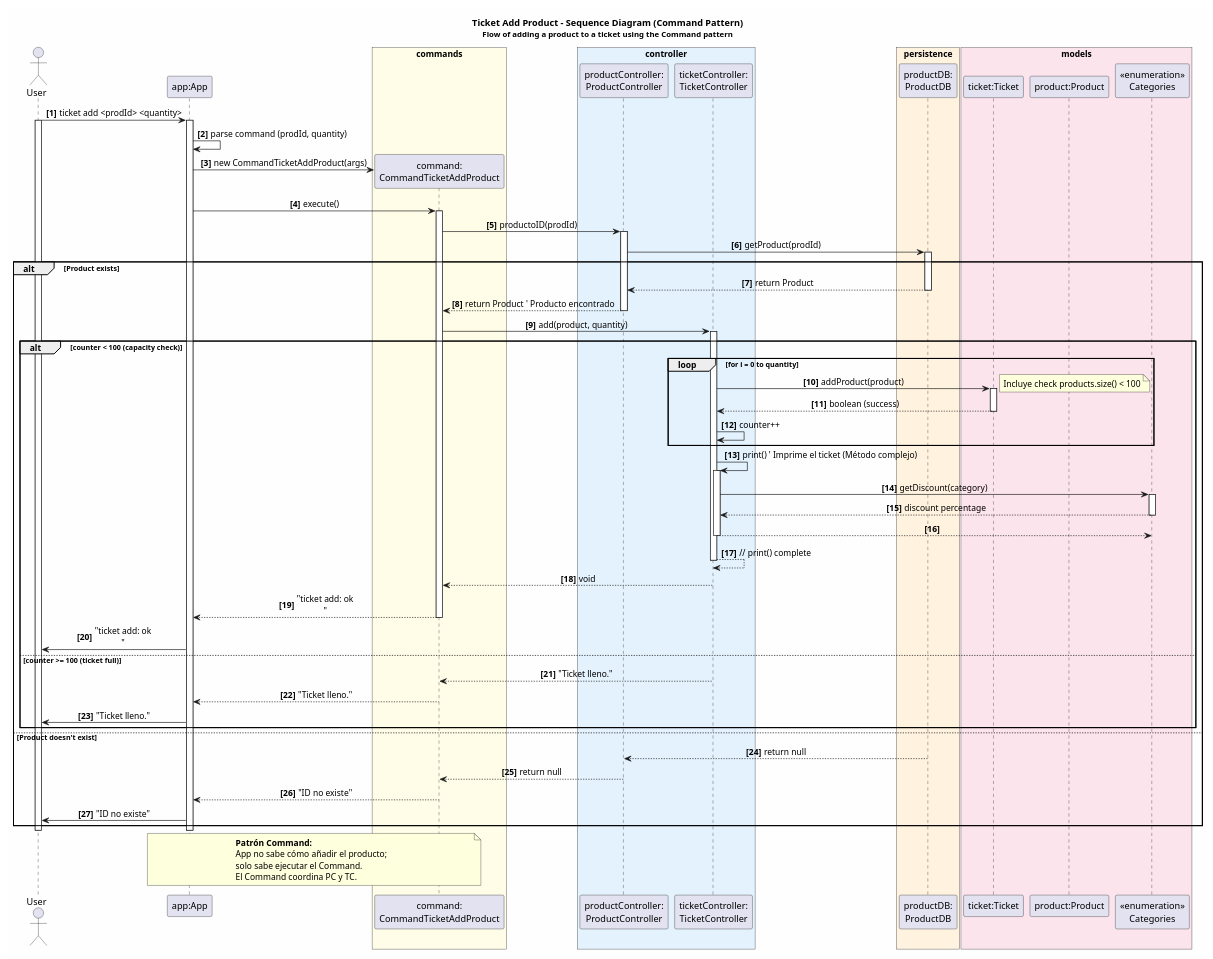
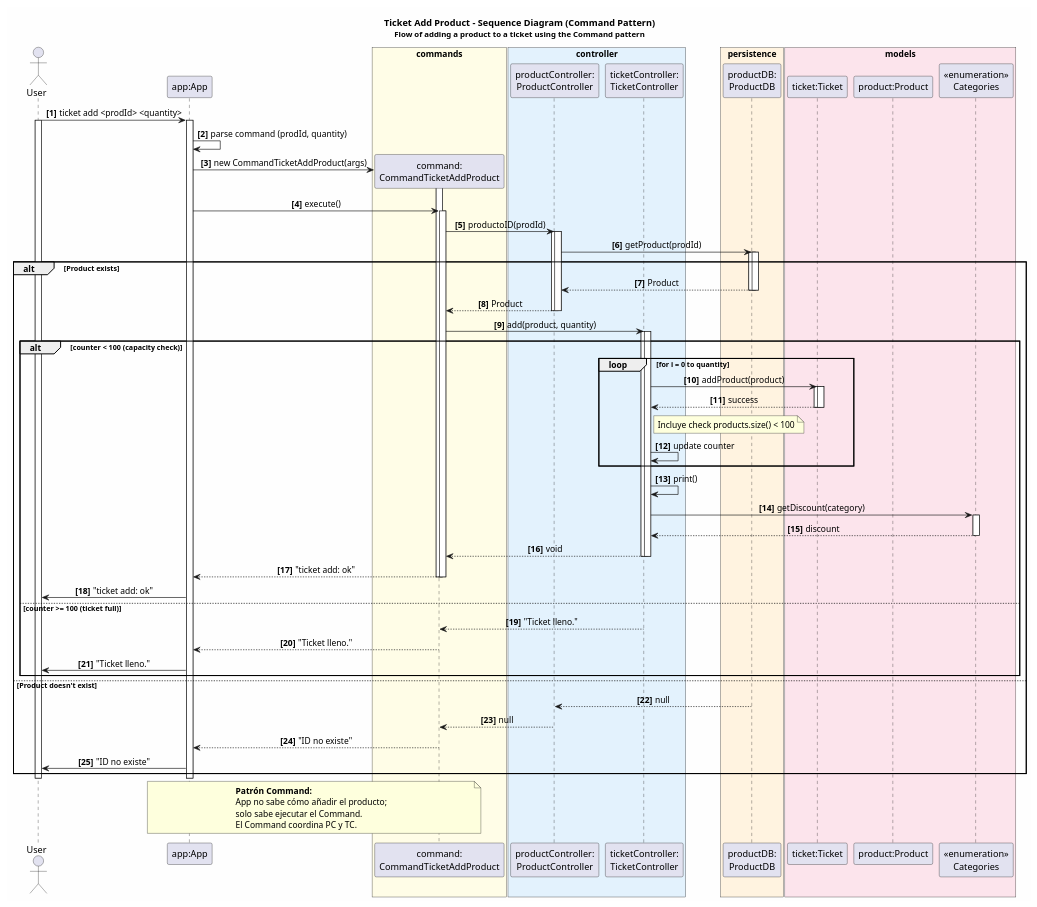
Before and after one commit to Hacking-jack/UPM_tienda: the diagram in uml/sequence-diagram-add-to-ticket.puml, drawn with PlantUML. The commit also changed 5 other files, not shown here.

Commit message:
uml arreglo de relaciones

```diff
--- a/uml/sequence-diagram-add-to-ticket.puml
+++ b/uml/sequence-diagram-add-to-ticket.puml
@@ -1,98 +1,107 @@
 @startuml Sequence_Add_To_Ticket
 
 skinparam backgroundColor #FEFEFE
 skinparam sequenceMessageAlign center
 skinparam responseMessageBelowArrow true
 skinparam shadowing false
 skinparam defaultFontName Arial
 
 title Ticket Add Product - Sequence Diagram (Command Pattern)\n<size:12>Flow of adding a product to a ticket using the Command pattern</size>
 
 actor User
 participant "app:App" as App
 box "commands" #FFFDE7
     participant "command:\nCommandTicketAddProduct" as Cmd
 end box
 box "controller" #E3F2FD
     participant "productController:\nProductController" as PC
     participant "ticketController:\nTicketController" as TC
 end box
 box "persistence" #FFF3E0
     participant "productDB:\nProductDB" as PDB
 end box
 box "models" #FCE4EC
     participant "ticket:Ticket" as Ticket
     participant "product:Product" as Product
     participant "<<enumeration>>\nCategories" as Cat
 end box
 
-
 autonumber "<b>[0]"
 
 User -> App ++: ticket add <prodId> <quantity>
 activate User
 
 App -> App: parse command (prodId, quantity)
 
 App -> Cmd **: new CommandTicketAddProduct(args)
+activate Cmd
 App -> Cmd ++: execute()
 
 Cmd -> PC ++: productoID(prodId)
+activate PC
 
 PC -> PDB ++: getProduct(prodId)
+activate PDB
 
 alt Product exists
-    PDB --> PC --: return Product
-    PC --> Cmd --: return Product ' Producto encontrado
+    PDB --> PC --: Product
+    deactivate PDB
+    PC --> Cmd --: Product
+    deactivate PC
 
     Cmd -> TC ++: add(product, quantity)
+    activate TC
 
     alt counter < 100 (capacity check)
-
         loop for i = 0 to quantity
             TC -> Ticket ++: addProduct(product)
-            note right
+            activate Ticket
+            Ticket --> TC --: success
+            deactivate Ticket
+            note right of TC
               Incluye check products.size() < 100
             end note
-            return boolean (success)
-
-            TC -> TC: counter++
+            TC -> TC: update counter
         end loop
 
-        TC -> TC ++: print() ' Imprime el ticket (Método complejo)
-
+        TC -> TC: print()
         TC -> Cat ++: getDiscount(category)
-        return discount percentage
-        TC --> Cat --
-
-        TC --> TC --: // print() complete
+        Cat --> TC --: discount
+        deactivate Cat
 
         TC --> Cmd --: void
+        deactivate TC
 
-        Cmd --> App --: "ticket add: ok\n"
-        App -> User: "ticket add: ok\n"
+        Cmd --> App --: "ticket add: ok"
+        deactivate Cmd
+        App -> User: "ticket add: ok"
 
     else counter >= 100 (ticket full)
         TC --> Cmd --: "Ticket lleno."
+        deactivate TC
         Cmd --> App --: "Ticket lleno."
+        deactivate Cmd
         App -> User: "Ticket lleno."
     end
 
 else Product doesn't exist
-    PDB --> PC --: return null
-    PC --> Cmd --: return null
+    PDB --> PC --: null
+    deactivate PDB
+    PC --> Cmd --: null
+    deactivate PC
     Cmd --> App --: "ID no existe"
+    deactivate Cmd
     App -> User: "ID no existe"
 end
 
 deactivate User
 deactivate App
 
 note over App, Cmd
   <b>Patrón Command:</b>
   App no sabe cómo añadir el producto;
   solo sabe ejecutar el Command.
   El Command coordina PC y TC.
 end note
 
 @enduml
```
